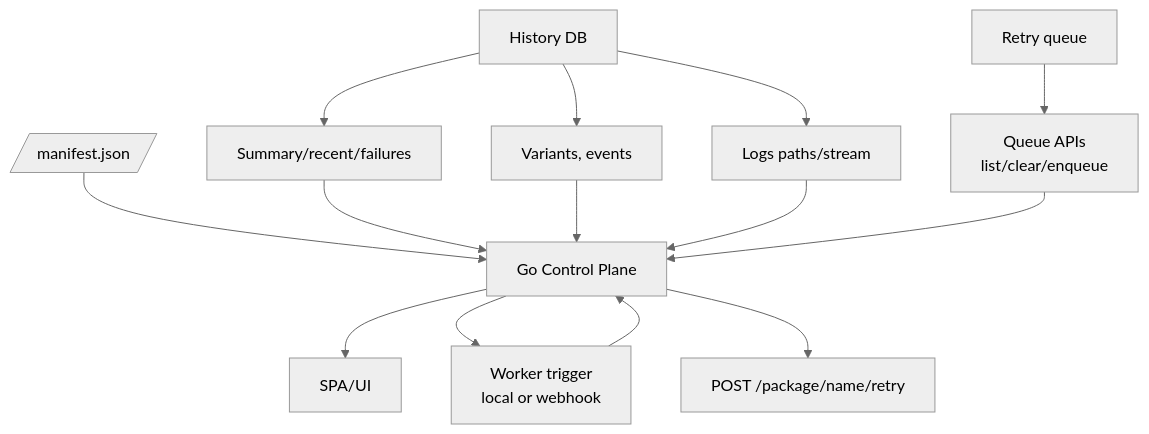
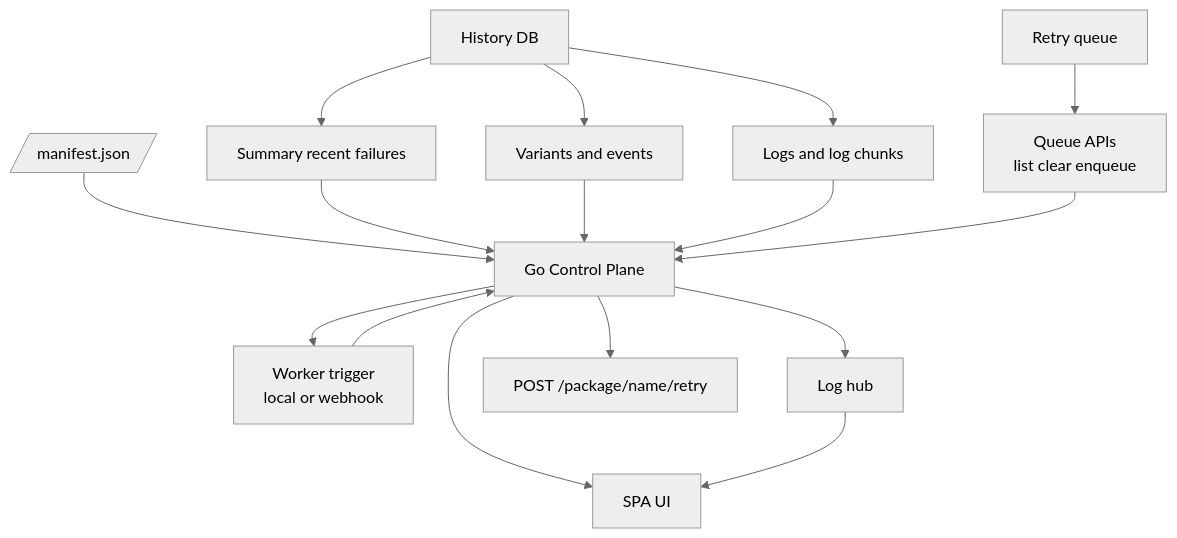
Before and after one commit to k8ika0s/s390x-wheel-refinery: the diagram in docs/diagrams/component-api-control-plane.mmd, drawn with Mermaid (neutral theme). The commit also changed 3 other files, not shown here.

Commit message:
Docs: refresh core diagrams

```diff
--- a/docs/diagrams/component-api-control-plane.mmd
+++ b/docs/diagrams/component-api-control-plane.mmd
@@ -1,14 +1,16 @@
 flowchart TD
-    HISTORY[History DB] --> SUMMARY[Summary/recent/failures]
-    HISTORY --> VARIANTS[Variants, events]
-    HISTORY --> LOGS[Logs paths/stream]
-    QUEUE[Retry queue] --> QAPI[Queue APIs\nlist/clear/enqueue]
+    HISTORY[History DB] --> SUMMARY[Summary recent failures]
+    HISTORY --> VARIANTS[Variants and events]
+    HISTORY --> LOGS[Logs and log chunks]
+    QUEUE[Retry queue] --> QAPI[Queue APIs\nlist clear enqueue]
     WORKER[Worker trigger\nlocal or webhook] --> API
     MANIFEST[/manifest.json/] --> API
-    API[Go Control Plane] --> UI[SPA/UI]
+    API[Go Control Plane] --> UI[SPA UI]
     SUMMARY --> API
     VARIANTS --> API
     LOGS --> API
+    API --> HUB[Log hub]
+    HUB --> UI
     QAPI --> API
     API --> WORKER
     API --> ENQUEUE[POST /package/name/retry]
```
